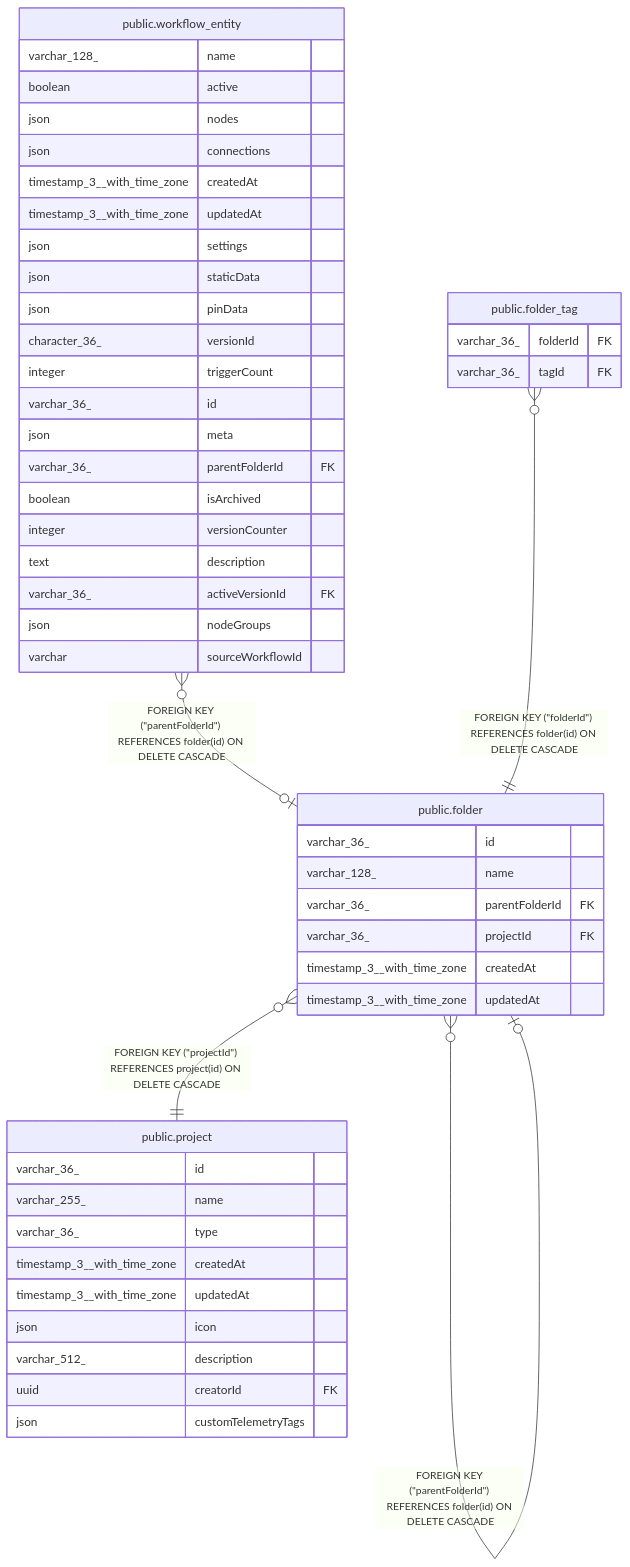
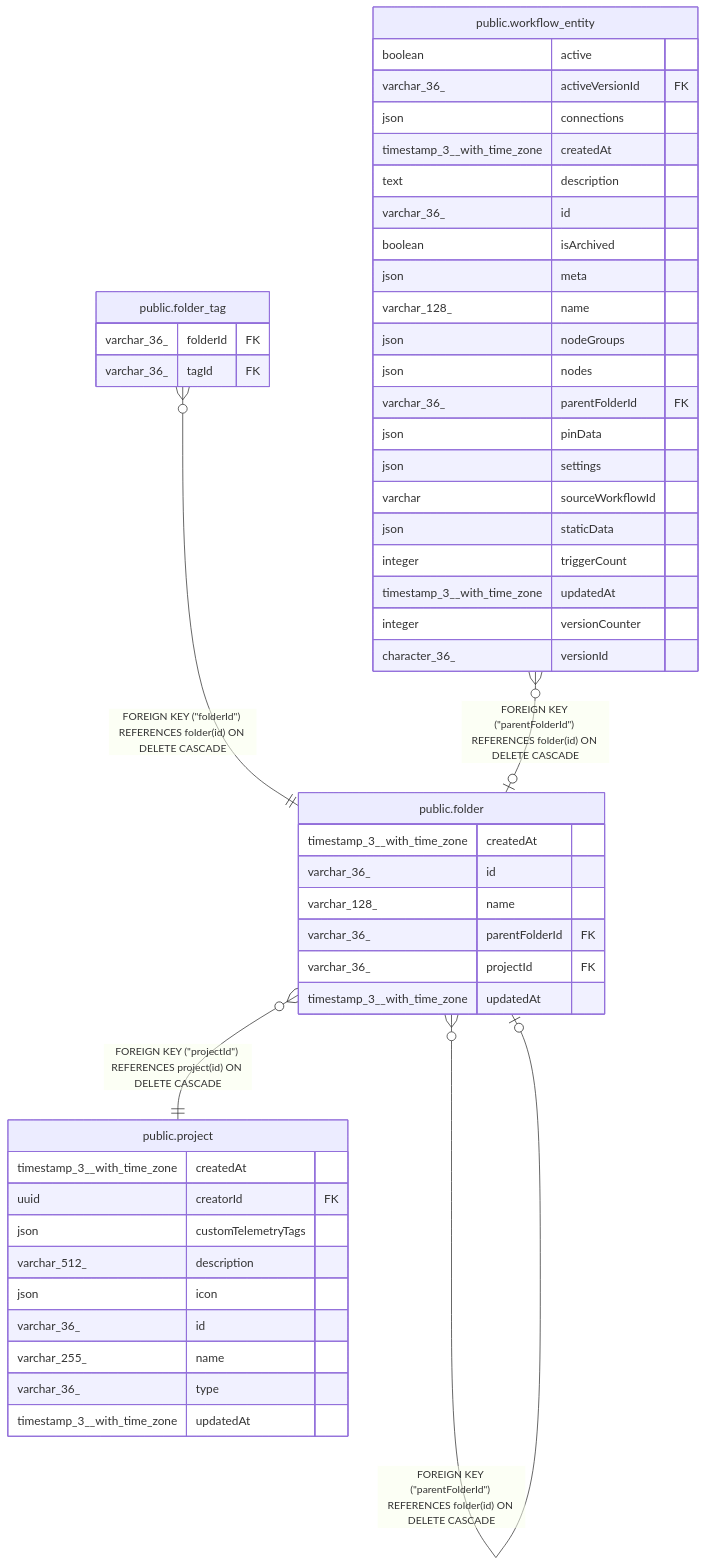
One commit to mayankjain1815-commits/n8n changed the diagram in docs/generated/postgres-schema/public.folder.md. Above: the diagram before and after it, drawn with Mermaid. The commit also changed other lines of this file and 221 other files, not shown here.

Commit message:
chore(core): Make DB schema docs generation deterministic (#32373)

````diff
--- a/docs/generated/postgres-schema/public.folder.md
+++ b/docs/generated/postgres-schema/public.folder.md
@@ -36,54 +36,54 @@
 ```mermaid
 erDiagram
 
-"public.workflow_entity" }o--o| "public.folder" : "FOREIGN KEY (#quot;parentFolderId#quot;) REFERENCES folder(id) ON DELETE CASCADE"
 "public.folder" }o--o| "public.folder" : "FOREIGN KEY (#quot;parentFolderId#quot;) REFERENCES folder(id) ON DELETE CASCADE"
 "public.folder_tag" }o--|| "public.folder" : "FOREIGN KEY (#quot;folderId#quot;) REFERENCES folder(id) ON DELETE CASCADE"
+"public.workflow_entity" }o--o| "public.folder" : "FOREIGN KEY (#quot;parentFolderId#quot;) REFERENCES folder(id) ON DELETE CASCADE"
 "public.folder" }o--|| "public.project" : "FOREIGN KEY (#quot;projectId#quot;) REFERENCES project(id) ON DELETE CASCADE"
 
 "public.folder" {
+  timestamp_3__with_time_zone createdAt
   varchar_36_ id
   varchar_128_ name
   varchar_36_ parentFolderId FK
   varchar_36_ projectId FK
-  timestamp_3__with_time_zone createdAt
   timestamp_3__with_time_zone updatedAt
-}
-"public.workflow_entity" {
-  varchar_128_ name
-  boolean active
-  json nodes
-  json connections
-  timestamp_3__with_time_zone createdAt
-  timestamp_3__with_time_zone updatedAt
-  json settings
-  json staticData
-  json pinData
-  character_36_ versionId
-  integer triggerCount
-  varchar_36_ id
-  json meta
-  varchar_36_ parentFolderId FK
-  boolean isArchived
-  integer versionCounter
-  text description
-  varchar_36_ activeVersionId FK
-  json nodeGroups
-  varchar sourceWorkflowId
 }
 "public.folder_tag" {
   varchar_36_ folderId FK
   varchar_36_ tagId FK
 }
+"public.workflow_entity" {
+  boolean active
+  varchar_36_ activeVersionId FK
+  json connections
+  timestamp_3__with_time_zone createdAt
+  text description
+  varchar_36_ id
+  boolean isArchived
+  json meta
+  varchar_128_ name
+  json nodeGroups
+  json nodes
+  varchar_36_ parentFolderId FK
+  json pinData
+  json settings
+  varchar sourceWorkflowId
+  json staticData
+  integer triggerCount
+  timestamp_3__with_time_zone updatedAt
+  integer versionCounter
+  character_36_ versionId
+}
 "public.project" {
+  timestamp_3__with_time_zone createdAt
+  uuid creatorId FK
+  json customTelemetryTags
+  varchar_512_ description
+  json icon
   varchar_36_ id
   varchar_255_ name
   varchar_36_ type
-  timestamp_3__with_time_zone createdAt
   timestamp_3__with_time_zone updatedAt
-  json icon
-  varchar_512_ description
-  uuid creatorId FK
-  json customTelemetryTags
 }
 ```
````
